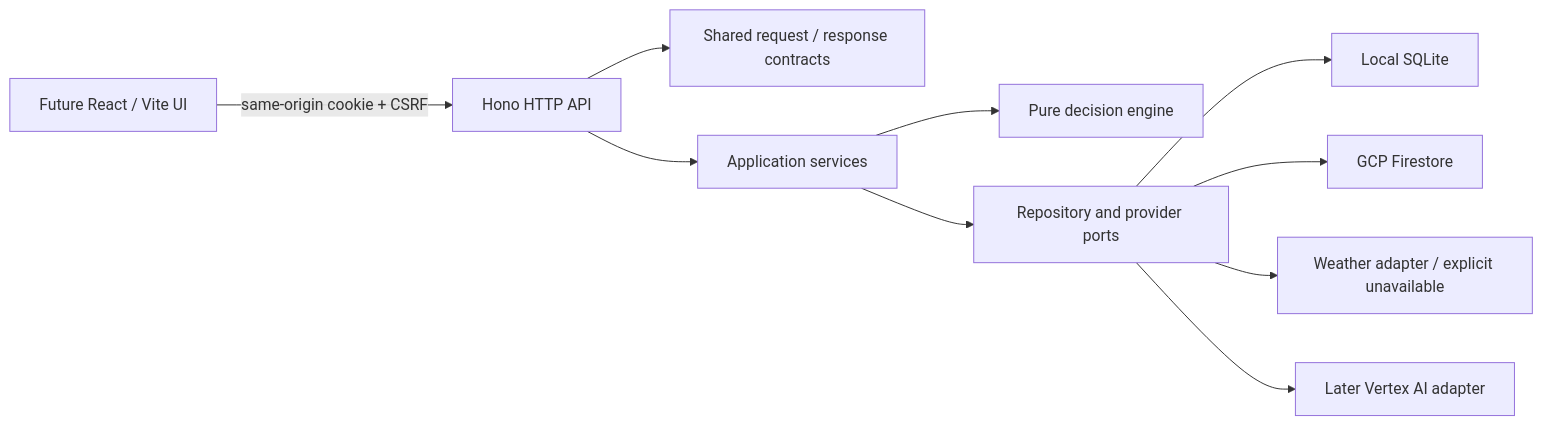
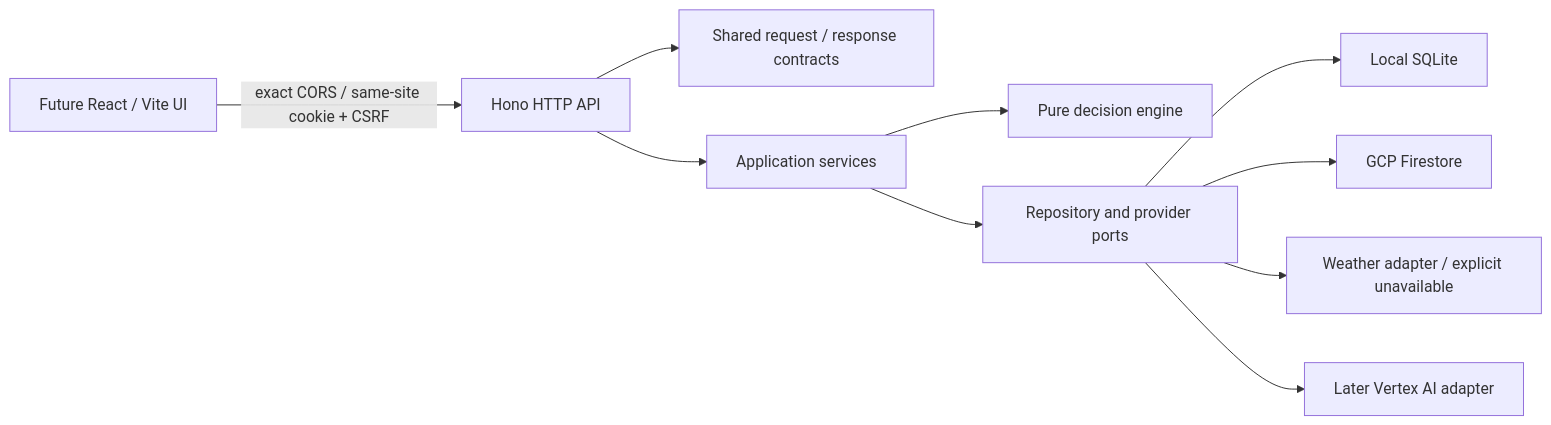
Before and after one commit to adwait-kalsekar/kavach: the diagram in docs/architecture/backend-foundation.md, drawn with Mermaid. The commit also changed other lines of this file and 90 other files, not shown here.

First line of the commit message:
Ship React/Vite foundation and eight-hour POC handoff (#2)

````diff
--- a/docs/architecture/backend-foundation.md
+++ b/docs/architecture/backend-foundation.md
@@ -9,12 +9,12 @@
 ```mermaid
 flowchart LR
-  UI[Future React / Vite UI] -->|same-origin cookie + CSRF| API[Hono HTTP API]
+  UI[Future React / Vite UI] -->|exact CORS / same-site cookie + CSRF| API[Hono HTTP API]
   API --> C[Shared request / response contracts]
   API --> S[Application services]
   S --> D[Pure decision engine]
   S --> P[Repository and provider ports]
   P --> L[Local SQLite]
   P --> F[GCP Firestore]
   P --> W[Weather adapter / explicit unavailable]
   P --> A[Later Vertex AI adapter]
 ```
````
